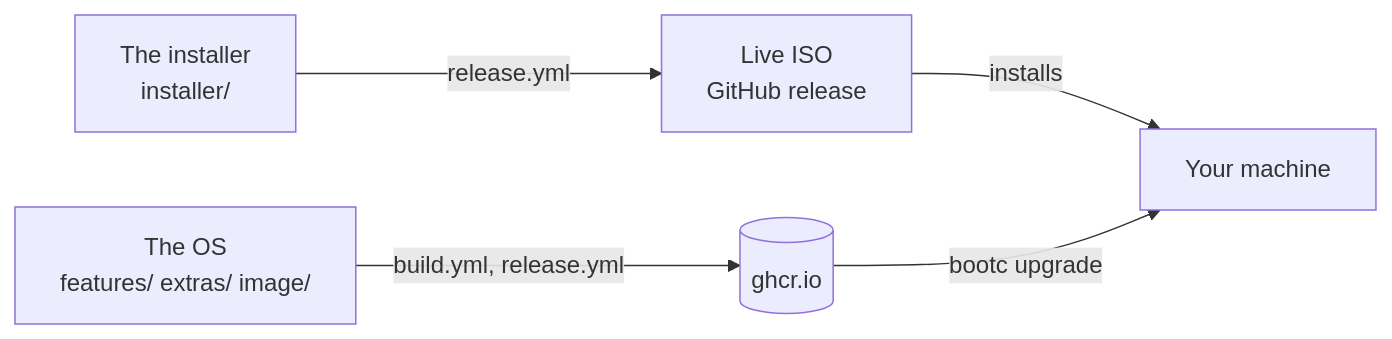
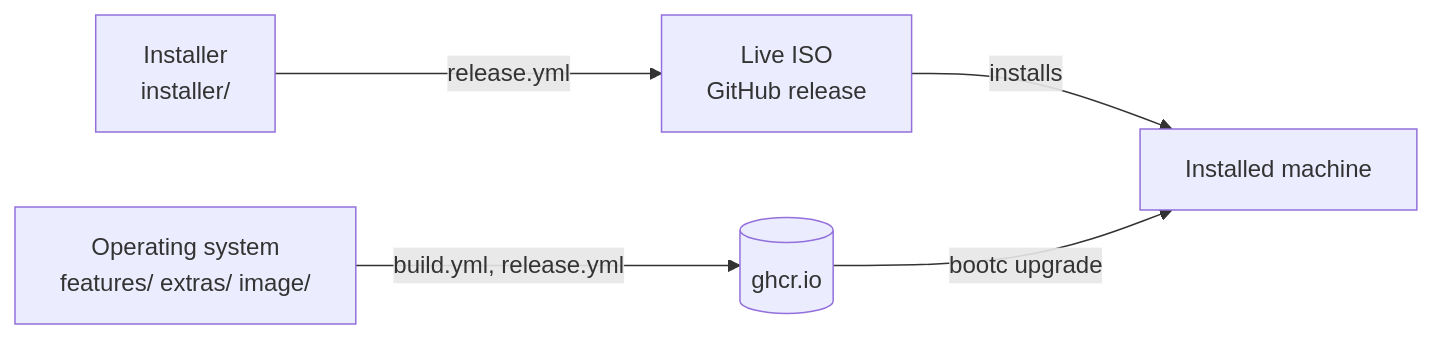
Before and after one commit to LucaRickli/fedora-bootc: the diagram in README.md, drawn with Mermaid. The commit also changed other lines of this file and 46 other files, not shown here.

````diff
--- a/README.md
+++ b/README.md
@@ -10,7 +12,7 @@
 ```mermaid
 flowchart LR
-    os["The OS<br/>features/ extras/ image/"] -- "build.yml, release.yml" --> ghcr[("ghcr.io")]
-    ins["The installer<br/>installer/"] -- "release.yml" --> iso["Live ISO<br/>GitHub release"]
-    iso -- "installs" --> pc["Your machine"]
+    os["Operating system<br/>features/ extras/ image/"] -- "build.yml, release.yml" --> ghcr[("ghcr.io")]
+    ins["Installer<br/>installer/"] -- "release.yml" --> iso["Live ISO<br/>GitHub release"]
+    iso -- "installs" --> pc["Installed machine"]
     ghcr -- "bootc upgrade" --> pc
 ```
````
